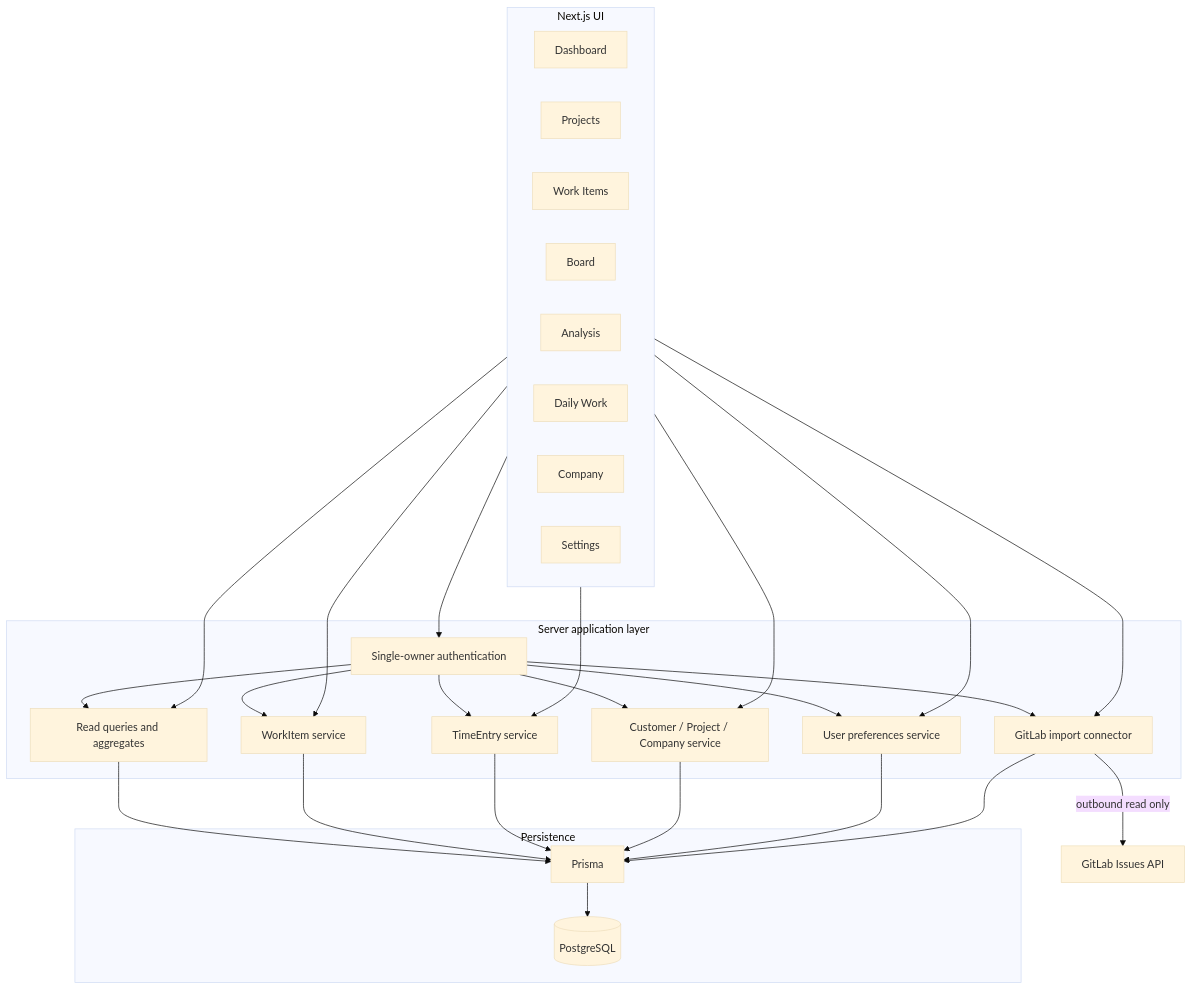
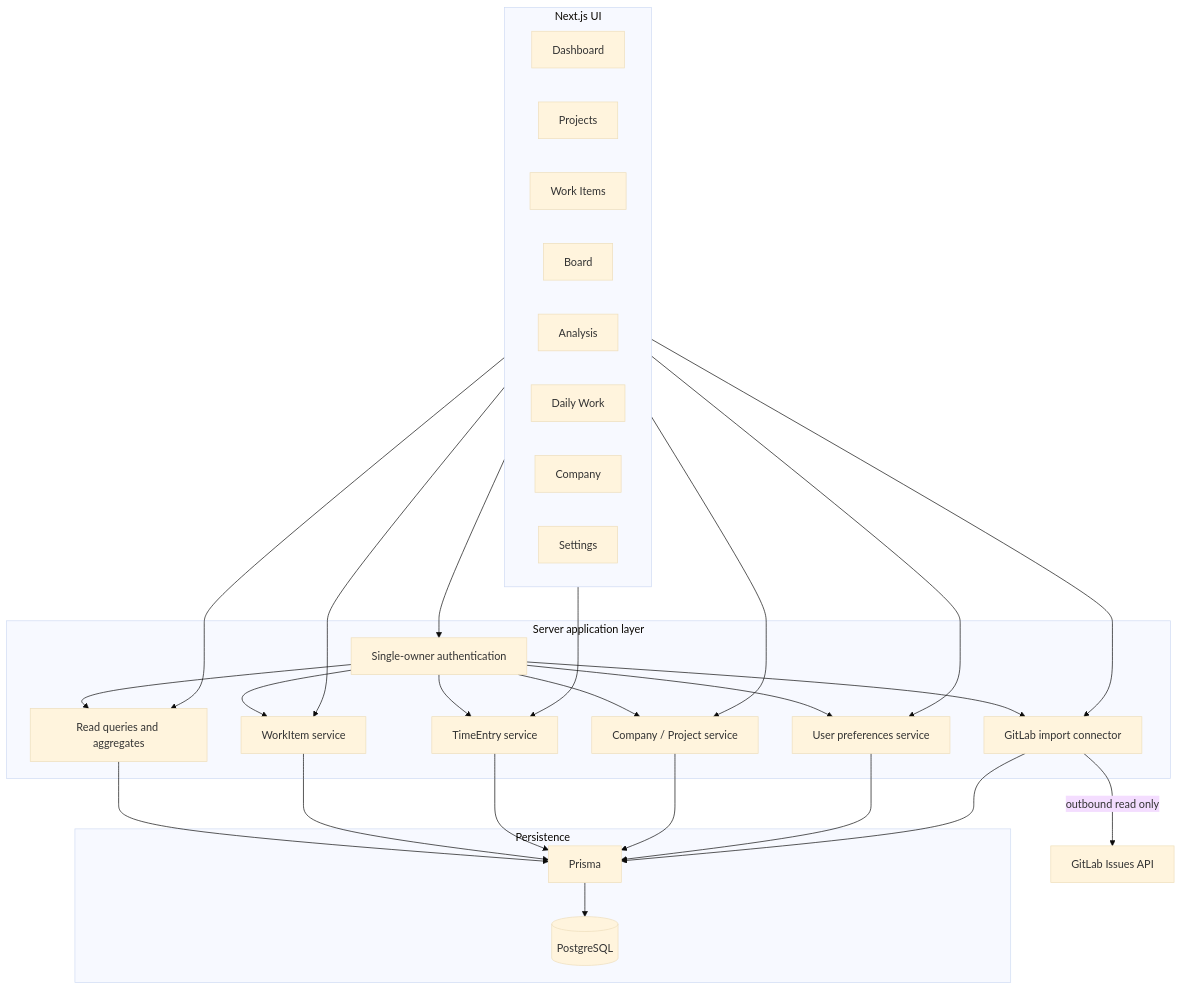
One commit to wasant-prds/project-management-system changed the second of 3 diagrams in document/ARCHITECTURE.md. Above: the diagram before and after it, drawn with Mermaid (base theme). The commit also changed other lines of this file and 54 other files, not shown here.

Commit message:
#18 Implemented and deployed Company-to-Project management with Dhas assigned to all 25 existing Projects.

````diff
--- a/document/ARCHITECTURE.md
+++ b/document/ARCHITECTURE.md
@@ -48,48 +50,48 @@
 ```mermaid
 flowchart TB
   subgraph Presentation[Next.js UI]
     DASH[Dashboard]
     PROJ[Projects]
     ITEMS[Work Items]
     BOARD[Board]
     ANALYSIS[Analysis]
     DAILY[Daily Work]
     COMPANY[Company]
     SETTINGS[Settings]
   end
   subgraph Application[Server application layer]
     AUTH[Single-owner authentication]
     READ[Read queries and aggregates]
     WORK[WorkItem service]
     TIME[TimeEntry service]
-    MASTER[Customer / Project / Company service]
+    MASTER[Company / Project service]
     PREF[User preferences service]
     GITLAB[GitLab import connector]
   end
   GAPI[GitLab Issues API]
   subgraph Persistence[Persistence]
     PRISMA[Prisma]
     DB[(PostgreSQL)]
   end
   Presentation --> AUTH
   Presentation --> READ
   Presentation --> WORK
   Presentation --> TIME
   Presentation --> MASTER
   Presentation --> PREF
   Presentation --> GITLAB
   AUTH --> READ
   AUTH --> WORK
   AUTH --> TIME
   AUTH --> MASTER
   AUTH --> PREF
   AUTH --> GITLAB
   READ --> PRISMA
   WORK --> PRISMA
   TIME --> PRISMA
   MASTER --> PRISMA
   PREF --> PRISMA
   GITLAB --> PRISMA
   GITLAB -->|outbound read only| GAPI
   PRISMA --> DB
 ```
````
